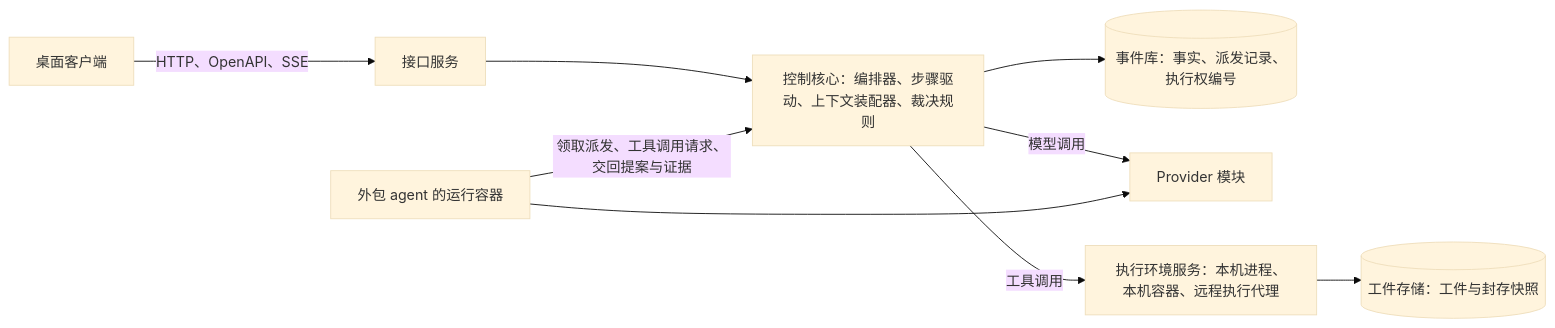
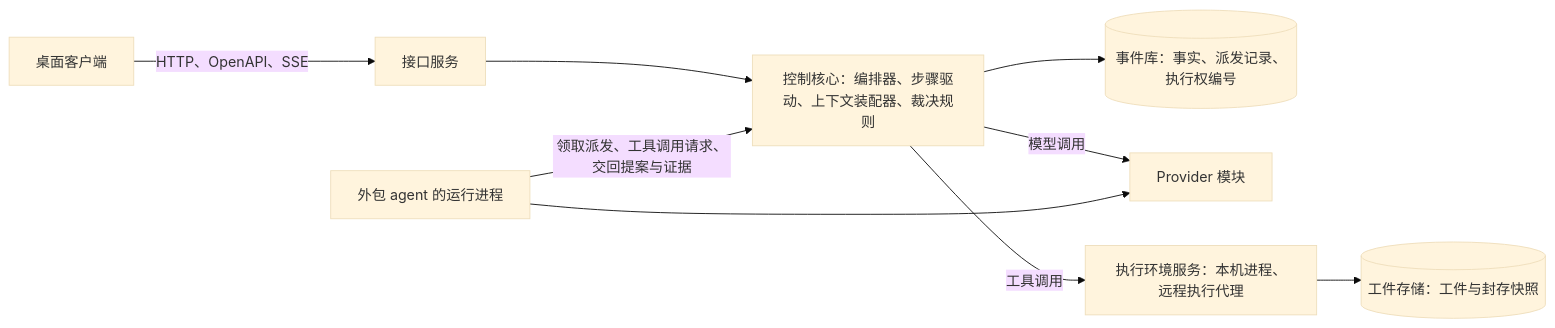
The second of 2 diagrams in docs/design/architecture/core-and-materials.md (bender2333/yudao), drawn with Mermaid (base theme) before and after one commit. The commit also changed other lines of this file and 29 other files, not shown here.

````diff
--- a/docs/design/architecture/core-and-materials.md
+++ b/docs/design/architecture/core-and-materials.md
@@ -206,11 +206,11 @@
 ```mermaid
 flowchart LR
   Desktop["桌面客户端"] -->|"HTTP、OpenAPI、SSE"| Gateway["接口服务"]
   Gateway --> Core["控制核心：编排器、步骤驱动、上下文装配器、裁决规则"]
   Core --> Events[("事件库：事实、派发记录、执行权编号")]
   Core -->|"模型调用"| Provider["Provider 模块"]
-  Core -->|"工具调用"| Tools["执行环境服务：本机进程、本机容器、远程执行代理"]
-  Ext["外包 agent 的运行容器"] -->|"领取派发、工具调用请求、交回提案与证据"| Core
+  Core -->|"工具调用"| Tools["执行环境服务：本机进程、远程执行代理"]
+  Ext["外包 agent 的运行进程"] -->|"领取派发、工具调用请求、交回提案与证据"| Core
   Ext --> Provider
   Tools --> Objects[("工件存储：工件与封存快照")]
 ```
````
